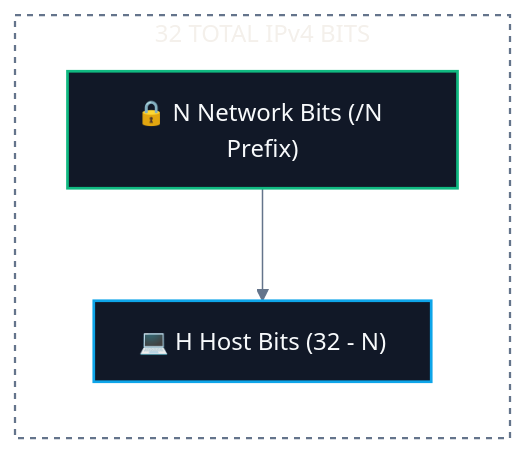
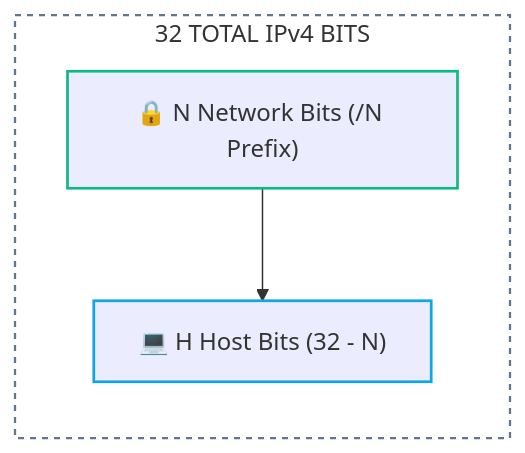
One commit to abhinavbharti2345/CS_Notes changed the second of 2 diagrams in CS/Computer Networking/03. IP Addressing & Subnetting/03. Subnet Masks and CIDR Notation.md. Above: the diagram before and after it, drawn with Mermaid. The commit also changed other lines of this file and 91 other files, not shown here.

````diff
--- a/CS/Computer Networking/03. IP Addressing & Subnetting/03. Subnet Masks and CIDR Notation.md
+++ b/CS/Computer Networking/03. IP Addressing & Subnetting/03. Subnet Masks and CIDR Notation.md
@@ -72,18 +71,17 @@
 ```mermaid
-%%{init: {'theme': 'base', 'themeVariables': { 'darkMode': true, 'background': '#0B0F14', 'mainBkg': '#111827', 'primaryColor': '#111827', 'primaryTextColor': '#F8FAFC', 'primaryBorderColor': '#38BDF8', 'lineColor': '#64748B', 'secondaryColor': '#0B0F14', 'tertiaryColor': '#0B0F14', 'clusterBkg': '#0B0F14', 'clusterBorder': '#38BDF8' }}}%%
 flowchart TD
     subgraph TotalBits["32 TOTAL IPv4 BITS"]
         direction TD
         N["🔒 N Network Bits (/N Prefix)"]
         H["💻 H Host Bits (32 - N)"]
         N --> H
     end
 
     style TotalBits fill:none,stroke:#64748b,stroke-width:1.5px,stroke-dasharray:4 4
 
-    classDef n fill:#111827,stroke:#10b981,stroke-width:1.8px,color:#F8FAFC;
-    classDef h fill:#111827,stroke:#0ea5e9,stroke-width:1.8px,color:#F8FAFC;
+    classDef n stroke:#10b981,stroke-width:1.8px;
+    classDef h stroke:#0ea5e9,stroke-width:1.8px;
 
     class N n;
     class H h;
 ```
````
